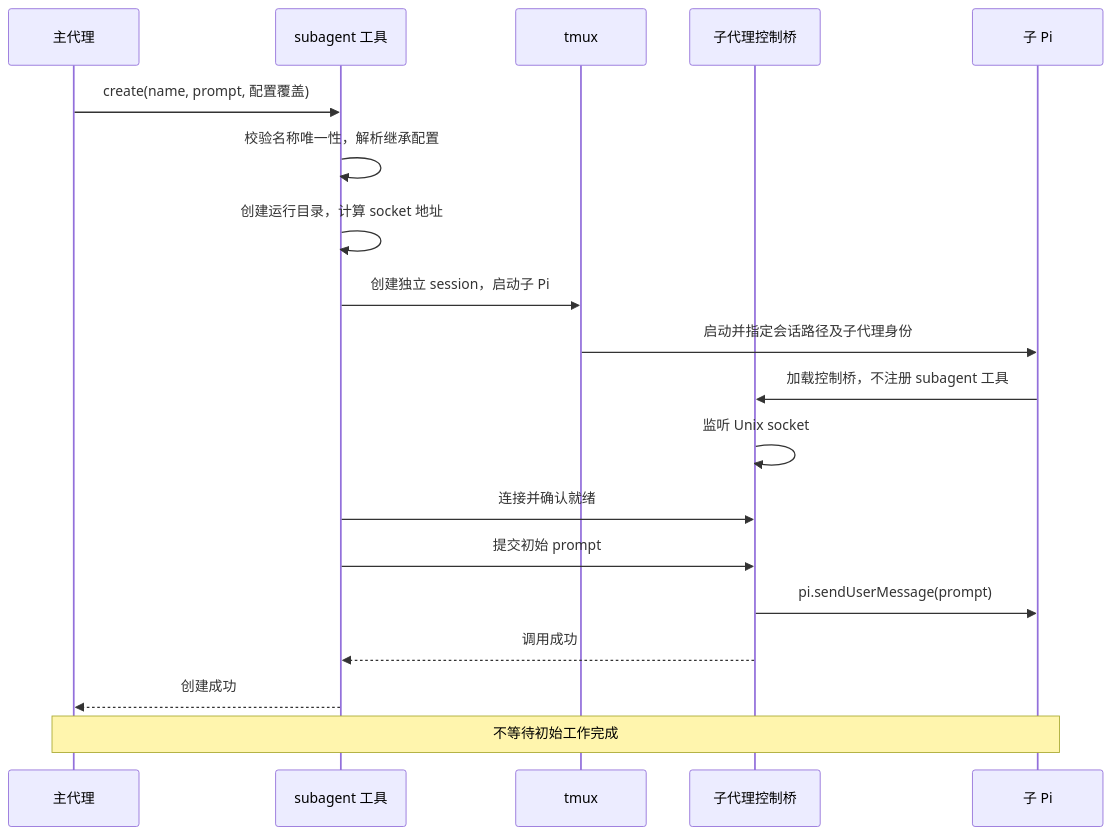
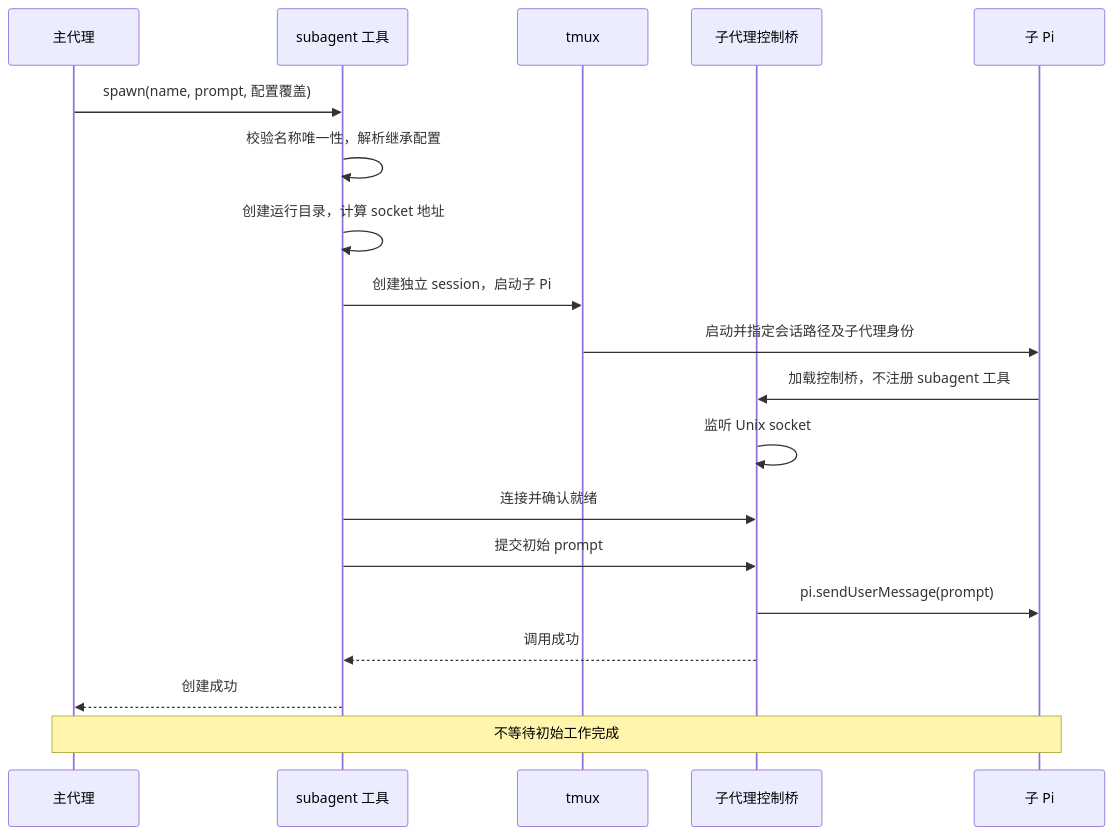
The second of 9 diagrams in docs/spec.md (huxeon/pi-subagent), drawn with Mermaid before and after one commit. The commit also changed other lines of this file and 15 other files, not shown here.

````diff
--- a/docs/spec.md
+++ b/docs/spec.md
@@ -71,22 +78,22 @@
 ```mermaid
 sequenceDiagram
     participant M as 主代理
     participant T as subagent 工具
     participant X as tmux
     participant B as 子代理控制桥
     participant P as 子 Pi
 
-    M->>T: create(name, prompt, 配置覆盖)
+    M->>T: spawn(name, prompt, 配置覆盖)
     T->>T: 校验名称唯一性，解析继承配置
     T->>T: 创建运行目录，计算 socket 地址
     T->>X: 创建独立 session，启动子 Pi
     X->>P: 启动并指定会话路径及子代理身份
     P->>B: 加载控制桥，不注册 subagent 工具
     B->>B: 监听 Unix socket
     T->>B: 连接并确认就绪
     T->>B: 提交初始 prompt
     B->>P: pi.sendUserMessage(prompt)
     B-->>T: 调用成功
     T-->>M: 创建成功
     Note over M,P: 不等待初始工作完成
 ```
````
